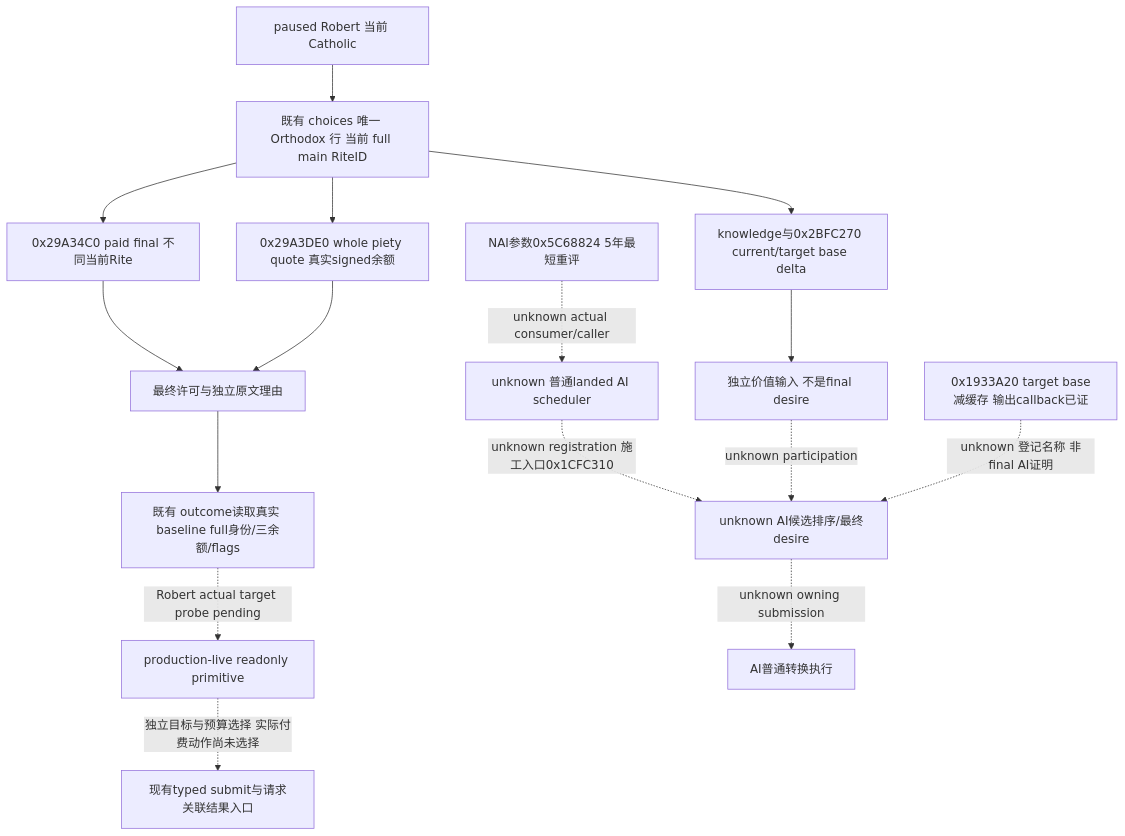
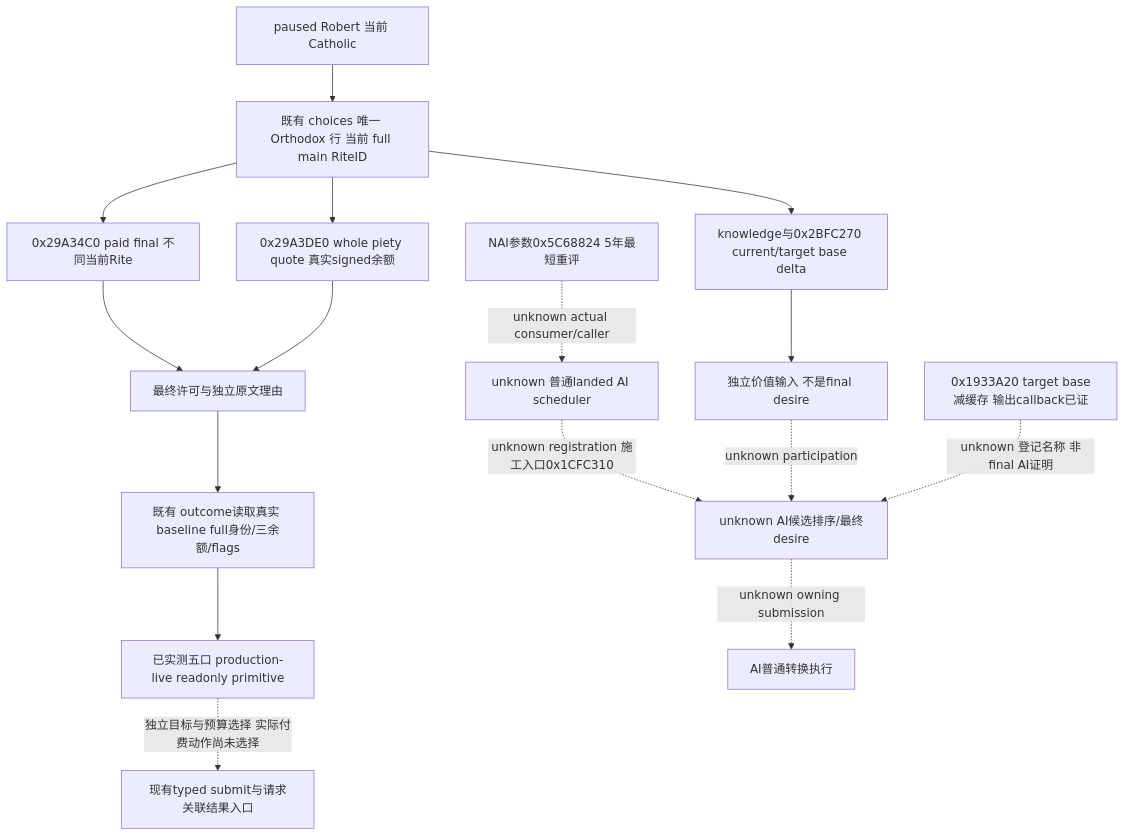
Before and after one commit to XenoAmess/ck3_eternal_recurrence: the diagram in docs/ck3-native-ai/religion-conversion-native-ai-12003.md, drawn with Mermaid. The commit also changed other lines of this file and 10 other files, not shown here.

````diff
--- a/docs/ck3-native-ai/religion-conversion-native-ai-12003.md
+++ b/docs/ck3-native-ai/religion-conversion-native-ai-12003.md
@@ -60,18 +79,18 @@
 ```mermaid
 flowchart TD
     R[paused Robert 当前 Catholic] --> C[既有 choices 唯一 Orthodox 行 当前 full main RiteID]
     C --> G[0x29A34C0 paid final 不同当前Rite]
     C --> P[0x29A3DE0 whole piety quote 真实signed余额]
     C --> I[knowledge与0x2BFC270 current/target base delta]
     G --> T[最终许可与独立原文理由]
     P --> T
     I --> V[独立价值输入 不是final desire]
     T --> B[既有 outcome读取真实 baseline full身份/三余额/flags]
-    B -. Robert actual target probe pending .-> L[production-live readonly primitive]
+    B --> L[已实测五口 production-live readonly primitive]
     D[NAI参数0x5C68824 5年最短重评] -. unknown actual consumer/caller .-> S[unknown 普通landed AI scheduler]
     S -. unknown registration 施工入口0x1CFC310 .-> A[unknown AI候选排序/最终desire]
     V -. unknown participation .-> A
     A -. unknown owning submission .-> O[AI普通转换执行]
     U[0x1933A20 target base减缓存 输出callback已证] -. unknown 登记名称 非final AI证明 .-> A
     L -. 独立目标与预算选择 实际付费动作尚未选择 .-> X[现有typed submit与请求关联结果入口]
 ```
````
